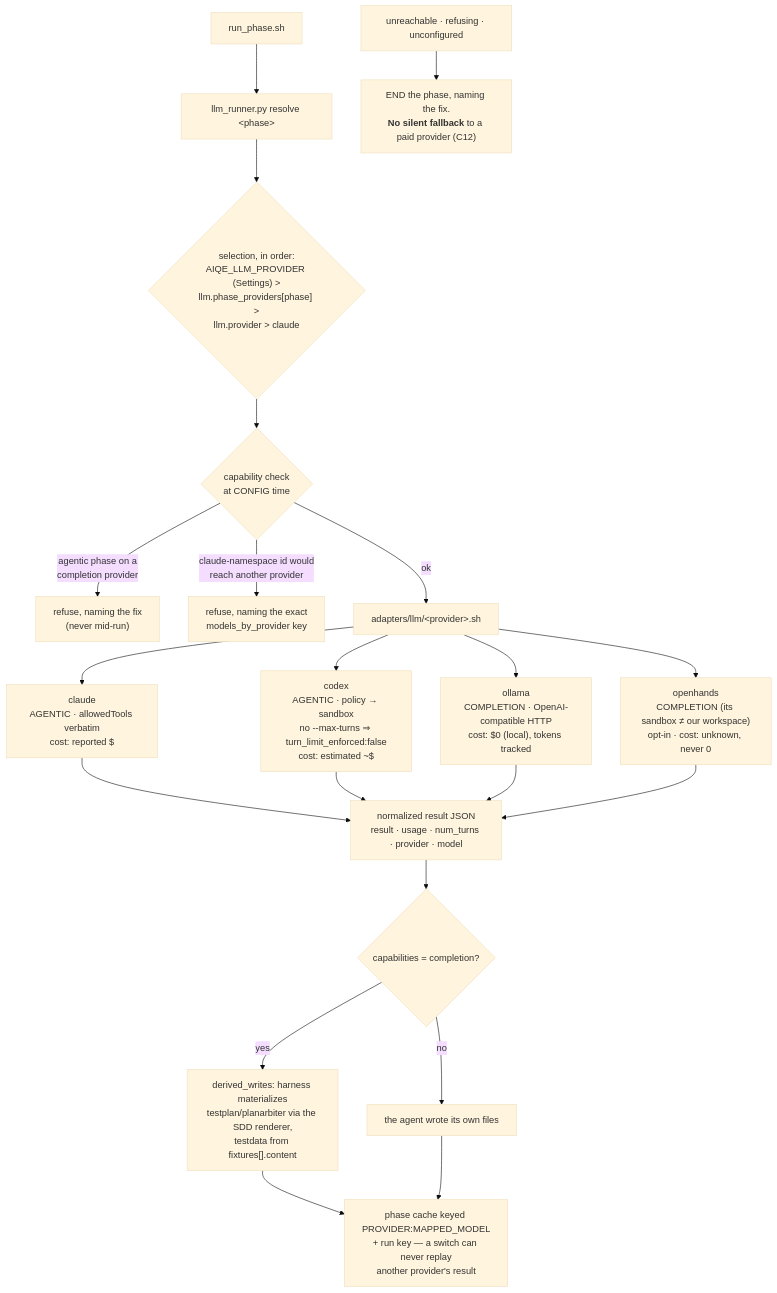
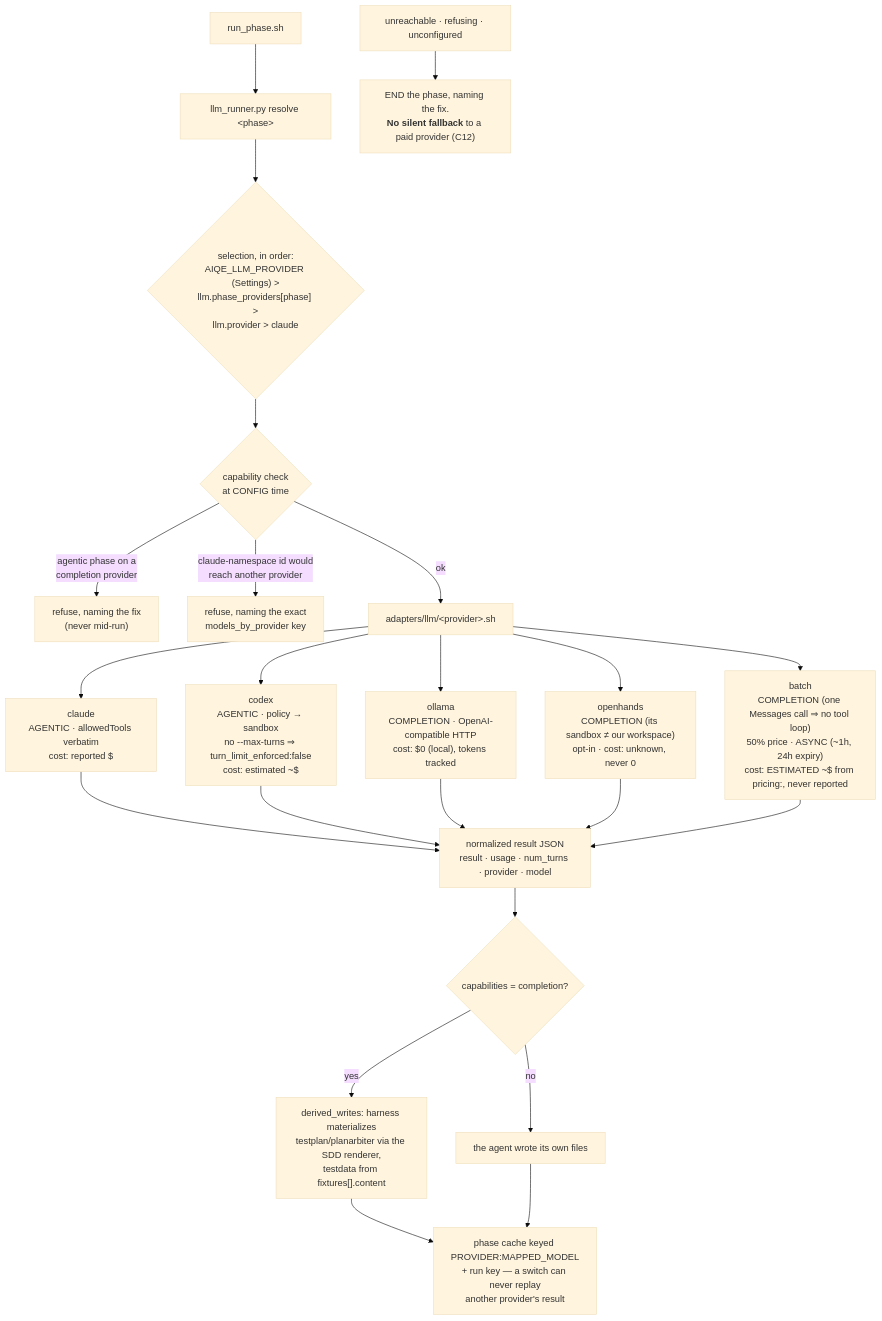
Diagram 17 of 25 in docs/diagrams.md (anandtopu/auto-tests-gen), drawn with Mermaid (base theme) before and after one commit. The commit also changed 1 other file, not shown here.

````diff
--- a/docs/diagrams.md
+++ b/docs/diagrams.md
@@ -503,22 +503,23 @@
 ```mermaid
 flowchart TD
     RP["run_phase.sh"] --> RES["llm_runner.py resolve &lt;phase&gt;"]
     RES --> SEL{"selection, in order:<br/>AIQE_LLM_PROVIDER (Settings) ><br/>llm.phase_providers[phase] ><br/>llm.provider > claude"}
     SEL --> CAP{"capability check<br/>at CONFIG time"}
     CAP -- "agentic phase on a<br/>completion provider" --> X1["refuse, naming the fix<br/>(never mid-run)"]
     CAP -- "claude-namespace id would<br/>reach another provider" --> X2["refuse, naming the exact<br/>models_by_provider key"]
     CAP -- ok --> AD["adapters/llm/&lt;provider&gt;.sh"]
 
     AD --> C["claude<br/>AGENTIC · allowedTools verbatim<br/>cost: reported $"]
     AD --> X["codex<br/>AGENTIC · policy → sandbox<br/>no --max-turns ⇒ turn_limit_enforced:false<br/>cost: estimated ~$"]
     AD --> O["ollama<br/>COMPLETION · OpenAI-compatible HTTP<br/>cost: $0 (local), tokens tracked"]
     AD --> H["openhands<br/>COMPLETION (its sandbox ≠ our workspace)<br/>opt-in · cost: unknown, never 0"]
 
-    C & X & O & H --> NR["normalized result JSON<br/>result · usage · num_turns · provider · model"]
+    AD --> B["batch<br/>COMPLETION (one Messages call ⇒ no tool loop)<br/>50% price · ASYNC (~1h, 24h expiry)<br/>cost: ESTIMATED ~$ from pricing:, never reported"]
+    C & X & O & H & B --> NR["normalized result JSON<br/>result · usage · num_turns · provider · model"]
     NR --> DW{"capabilities = completion?"}
     DW -- yes --> MAT["derived_writes: harness materializes<br/>testplan/planarbiter via the SDD renderer,<br/>testdata from fixtures[].content"]
     DW -- no --> OWN["the agent wrote its own files"]
     MAT & OWN --> CACHE["phase cache keyed PROVIDER:MAPPED_MODEL<br/>+ run key — a switch can never replay<br/>another provider's result"]
 
     FAIL["unreachable · refusing · unconfigured"] --> STOP["END the phase, naming the fix.<br/><b>No silent fallback</b> to a paid provider (C12)"]
 ```
````
